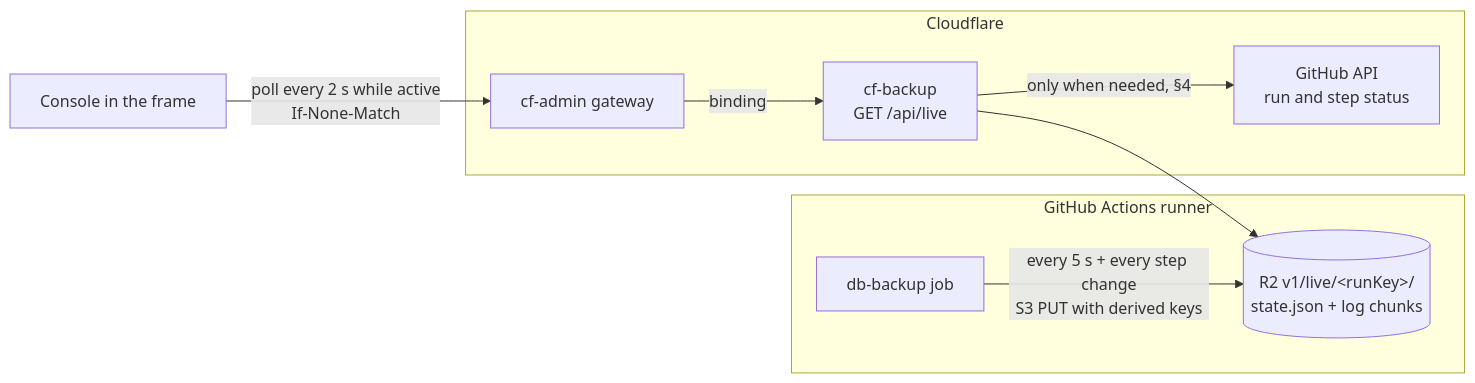
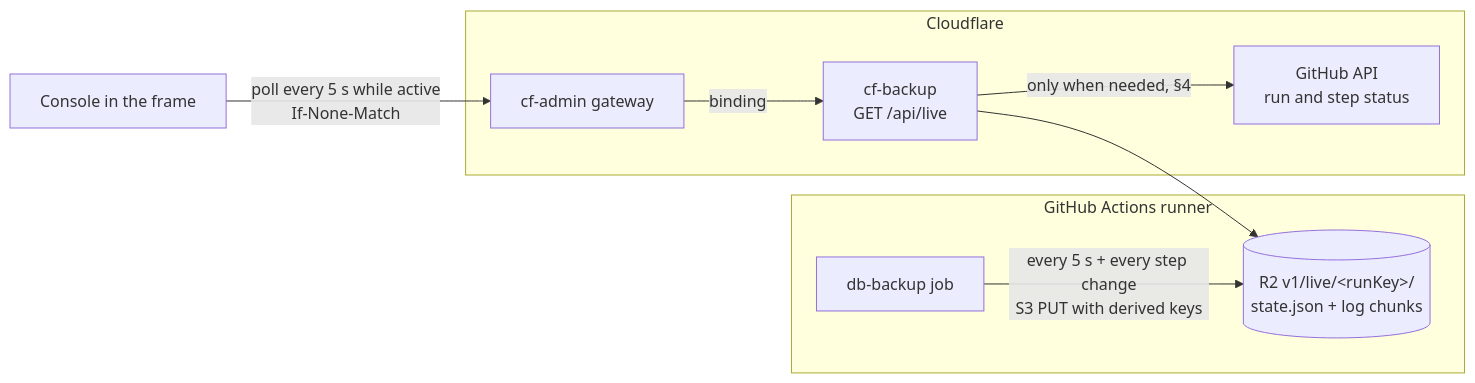
Before and after one commit to Harshil8136/chess-game1: the diagram in synced-docs/cf-admin/documentation/program/cf-backup/14-live-operations-view.md, drawn with Mermaid. The commit also changed other lines of this file and 13 other files, not shown here.

````diff
--- a/synced-docs/cf-admin/documentation/program/cf-backup/14-live-operations-view.md
+++ b/synced-docs/cf-admin/documentation/program/cf-backup/14-live-operations-view.md
@@ -48,14 +49,14 @@
 ```mermaid
 flowchart LR
   subgraph GH[GitHub Actions runner]
     R[db-backup job] -->|every 5 s + every step change<br/>S3 PUT with derived keys| L
   end
   L[(R2 v1/live/&lt;runKey&gt;/<br/>state.json + log chunks)]
   API[GitHub API<br/>run and step status]
   subgraph CF[Cloudflare]
     A[cf-admin gateway] -->|binding| K[cf-backup<br/>GET /api/live]
     K --> L
     K -->|only when needed, §4| API
   end
-  B[Console in the frame] -->|poll every 2 s while active<br/>If-None-Match| A
+  B[Console in the frame] -->|poll every 5 s while active<br/>If-None-Match| A
 ```
````
